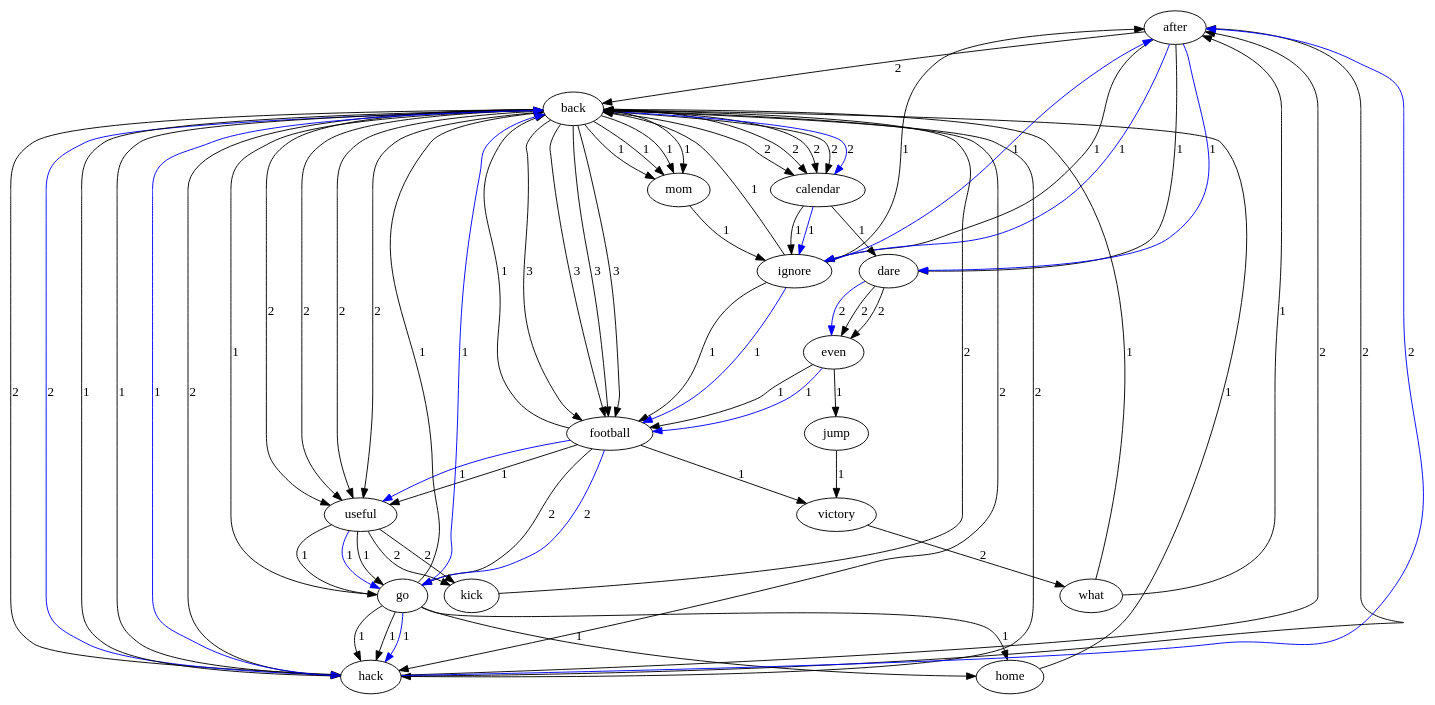
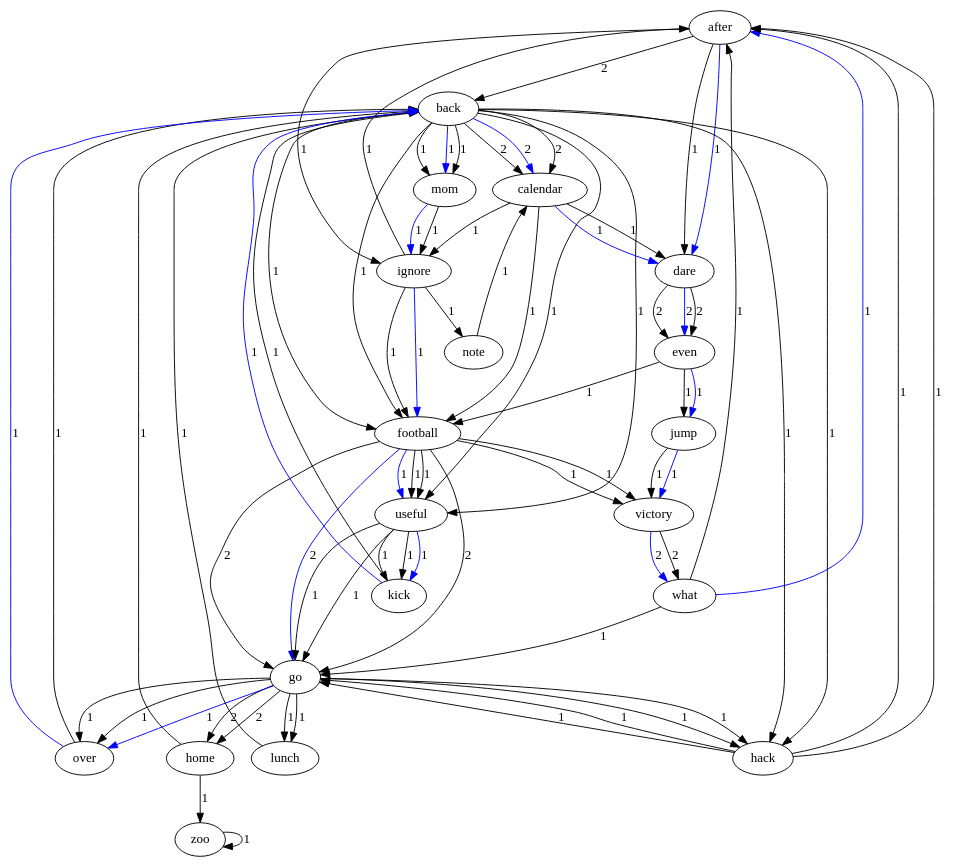
Before and after one commit to holynova-SD/Lab4: the diagram in dotfilenew.dot, drawn with Graphviz. The commit also changed 50 other files, not shown here.

```diff
--- a/dotfilenew.dot
+++ b/dotfilenew.dot
@@ -1,91 +1,93 @@
 digraph graphname{ 
 after->back[ label = 2 ]; 
 after->dare[ label = 1 ]; 
 after->ignore[ label = 1 ]; 
 ignore->after[ label = 1 ]; 
-ignore->back[ label = 1 ]; 
 ignore->football[ label = 1 ]; 
-football->back[ label = 1 ]; 
+ignore->note[ label = 1 ]; 
+note->calendar[ label = 1 ]; 
+calendar->dare[ label = 1 ]; 
+calendar->football[ label = 1 ]; 
+calendar->ignore[ label = 1 ]; 
 football->go[ label = 2 ]; 
 football->useful[ label = 1 ]; 
 football->victory[ label = 1 ]; 
 victory->what[ label = 2 ]; 
 what->after[ label = 1 ]; 
-what->back[ label = 1 ]; 
+what->go[ label = 1 ]; 
+go->hack[ label = 1 ]; 
+go->home[ label = 2 ]; 
+go->lunch[ label = 1 ]; 
+go->over[ label = 1 ]; 
+over->back[ label = 1 ]; 
 back->calendar[ label = 2 ]; 
-back->football[ label = 3 ]; 
-back->hack[ label = 2 ]; 
+back->football[ label = 1 ]; 
+back->hack[ label = 1 ]; 
 back->mom[ label = 1 ]; 
-back->useful[ label = 2 ]; 
+back->useful[ label = 1 ]; 
 useful->go[ label = 1 ]; 
-useful->kick[ label = 2 ]; 
-kick->back[ label = 2 ]; 
-go->back[ label = 1 ]; 
+useful->kick[ label = 1 ]; 
+kick->back[ label = 1 ]; 
+mom->ignore[ label = 1 ]; 
+hack->after[ label = 1 ]; 
+hack->go[ label = 1 ]; 
+lunch->back[ label = 1 ]; 
+home->back[ label = 1 ]; 
+home->zoo[ label = 1 ]; 
+zoo->zoo[ label = 1 ]; 
+hack->after[ label = 1 ]; 
+hack->go[ label = 1 ]; 
+useful->go[ label = 1 ]; 
+useful->kick[ label = 1 ]; 
 go->hack[ label = 1 ]; 
-go->home[ label = 1 ]; 
-home->back[ label = 1 ]; 
-hack->after[ label = 2 ]; 
-hack->back[ label = 1 ]; 
-mom->ignore[ label = 1 ]; 
-hack->after[ label = 2 ]; 
-hack->back[ label = 1 ]; 
-calendar->dare[ label = 1 ]; 
-calendar->ignore[ label = 1 ]; 
+go->home[ label = 2 ]; 
+go->lunch[ label = 1 ]; 
+go->over[ label = 1 ]; 
 dare->even[ label = 2 ]; 
 even->football[ label = 1 ]; 
 even->jump[ label = 1 ]; 
 jump->victory[ label = 1 ]; 
-useful->go[ label = 1 ]; 
-useful->kick[ label = 2 ]; 
-go->back[ label = 1 ]; 
-go->hack[ label = 1 ]; 
-go->home[ label = 1 ]; 
-back->calendar[ label = 2 ]; 
-back->football[ label = 3 ]; 
-back->hack[ label = 2 ]; 
-back->mom[ label = 1 ]; 
-back->useful[ label = 2 ]; 
-back->calendar[ label = 2 ]; 
-back->football[ label = 3 ]; 
-back->hack[ label = 2 ]; 
-back->mom[ label = 1 ]; 
-back->useful[ label = 2 ]; 
+football->go[ label = 2 ]; 
+football->useful[ label = 1 ]; 
+football->victory[ label = 1 ]; 
 dare->even[ label = 2 ]; 
 back->calendar[ label = 2 ]; 
-back->football[ label = 3 ]; 
-back->hack[ label = 2 ]; 
+back->football[ label = 1 ]; 
+back->hack[ label = 1 ]; 
 back->mom[ label = 1 ]; 
-back->useful[ label = 2 ]; 
-
-ignore -> after[ label = 1, color = blue ] 
-
-after -> dare[ label = 1, color = blue ] 
-
-dare -> even[ label = 2, color = blue ] 
-
-even -> football[ label = 1, color = blue ] 
+back->useful[ label = 1 ]; 
 
 football -> go[ label = 2, color = blue ] 
 
-go -> back[ label = 1, color = blue ] 
+go -> over[ label = 1, color = blue ] 
 
-back -> hack[ label = 2, color = blue ] 
+over -> back[ label = 1, color = blue ] 
 
-hack -> after[ label = 2, color = blue ] 
+back -> mom[ label = 1, color = blue ] 
 
-after -> ignore[ label = 1, color = blue ] 
+mom -> ignore[ label = 1, color = blue ] 
 
 ignore -> football[ label = 1, color = blue ] 
 
 football -> useful[ label = 1, color = blue ] 
 
-useful -> go[ label = 1, color = blue ] 
+useful -> kick[ label = 1, color = blue ] 
 
-go -> hack[ label = 1, color = blue ] 
-
-hack -> back[ label = 1, color = blue ] 
+kick -> back[ label = 1, color = blue ] 
 
 back -> calendar[ label = 2, color = blue ] 
 
-calendar -> ignore[ label = 1, color = blue ] 
+calendar -> dare[ label = 1, color = blue ] 
+
+dare -> even[ label = 2, color = blue ] 
+
+even -> jump[ label = 1, color = blue ] 
+
+jump -> victory[ label = 1, color = blue ] 
+
+victory -> what[ label = 2, color = blue ] 
+
+what -> after[ label = 1, color = blue ] 
+
+after -> dare[ label = 1, color = blue ] 
 }
```
